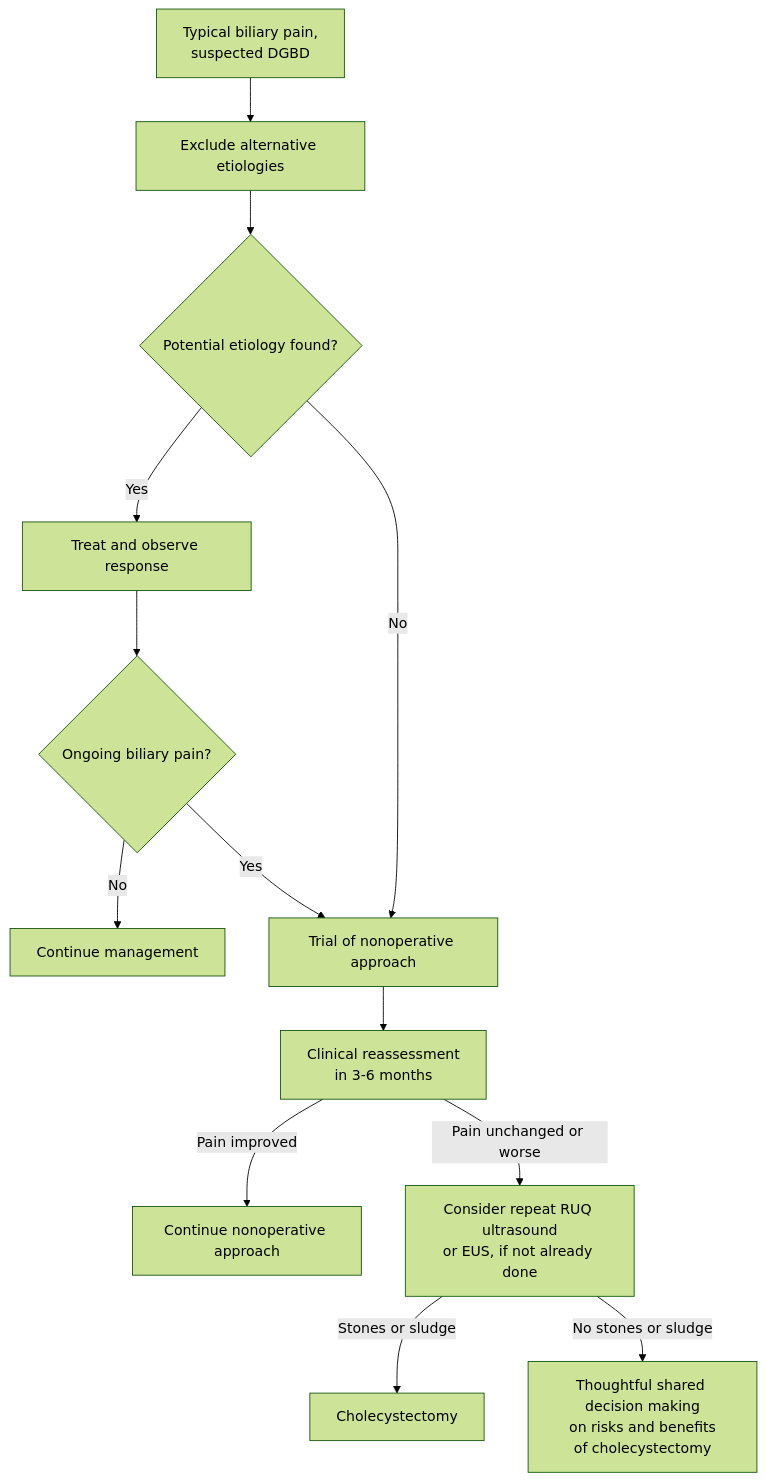
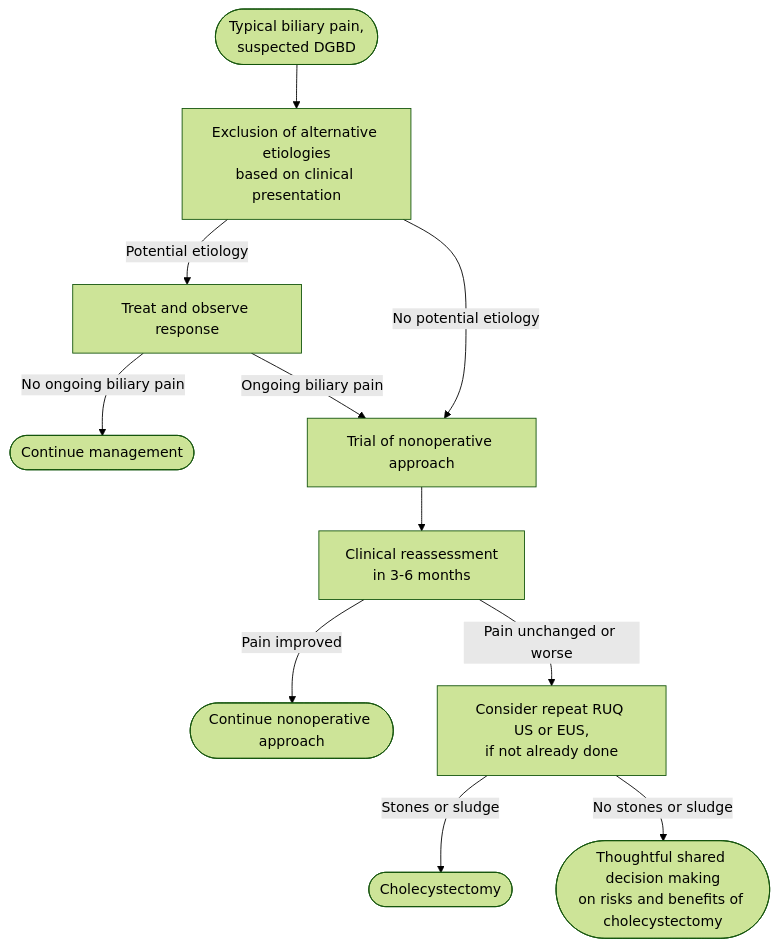
Before and after one commit to KHNickLeMD/KHNL-GI-Wiki: the diagram in KHNL-GI-Wiki/wiki/1-disease-scripts/pancreaticobiliary-diseases/dysfunctional-gallbladder-disorder.md, drawn with Mermaid (forest theme). The commit also changed other lines of this file and 10 other files, not shown here.

````diff
--- a/KHNL-GI-Wiki/wiki/1-disease-scripts/pancreaticobiliary-diseases/dysfunctional-gallbladder-disorder.md
+++ b/KHNL-GI-Wiki/wiki/1-disease-scripts/pancreaticobiliary-diseases/dysfunctional-gallbladder-disorder.md
@@ -95,15 +102,17 @@
 ```mermaid
 flowchart TD
-    A["Typical biliary pain,<br/>suspected DGBD"] --> B["Exclude alternative etiologies"]
-    B --> C{"Potential etiology found?"}
-    C -->|Yes| D["Treat and observe response"]
-    D --> E{"Ongoing biliary pain?"}
-    E -->|No| F["Continue management"]
-    E -->|Yes| G["Trial of nonoperative approach"]
-    C -->|No| G
-    G --> H["Clinical reassessment<br/>in 3-6 months"]
-    H -->|Pain improved| I["Continue nonoperative approach"]
-    H -->|Pain unchanged or worse| J["Consider repeat RUQ ultrasound<br/>or EUS, if not already done"]
-    J -->|Stones or sludge| K["Cholecystectomy"]
-    J -->|No stones or sludge| L["Thoughtful shared decision making<br/>on risks and benefits<br/>of cholecystectomy"]
+    A(["Typical biliary pain,<br/>suspected DGBD"]) --> B["Exclusion of alternative etiologies<br/>based on clinical presentation"]
+    B -- "Potential etiology" --> C["Treat and observe response"]
+    C -- "No ongoing biliary pain" --> D(["Continue management"])
+    C -- "Ongoing biliary pain" --> E["Trial of nonoperative approach"]
+    B -- "No potential etiology" --> E
+    E --> F["Clinical reassessment<br/>in 3-6 months"]
+    F -- "Pain improved" --> G(["Continue nonoperative approach"])
+    F -- "Pain unchanged or worse" --> H["Consider repeat RUQ US or EUS,<br/>if not already done"]
+    H -- "Stones or sludge" --> I(["Cholecystectomy"])
+    H -- "No stones or sludge" --> J(["Thoughtful shared decision making<br/>on risks and benefits of cholecystectomy"])
+    class A start
+    class B,C,E,F,H test
+    class G,I,J act
+    class D stop
 ```
````
